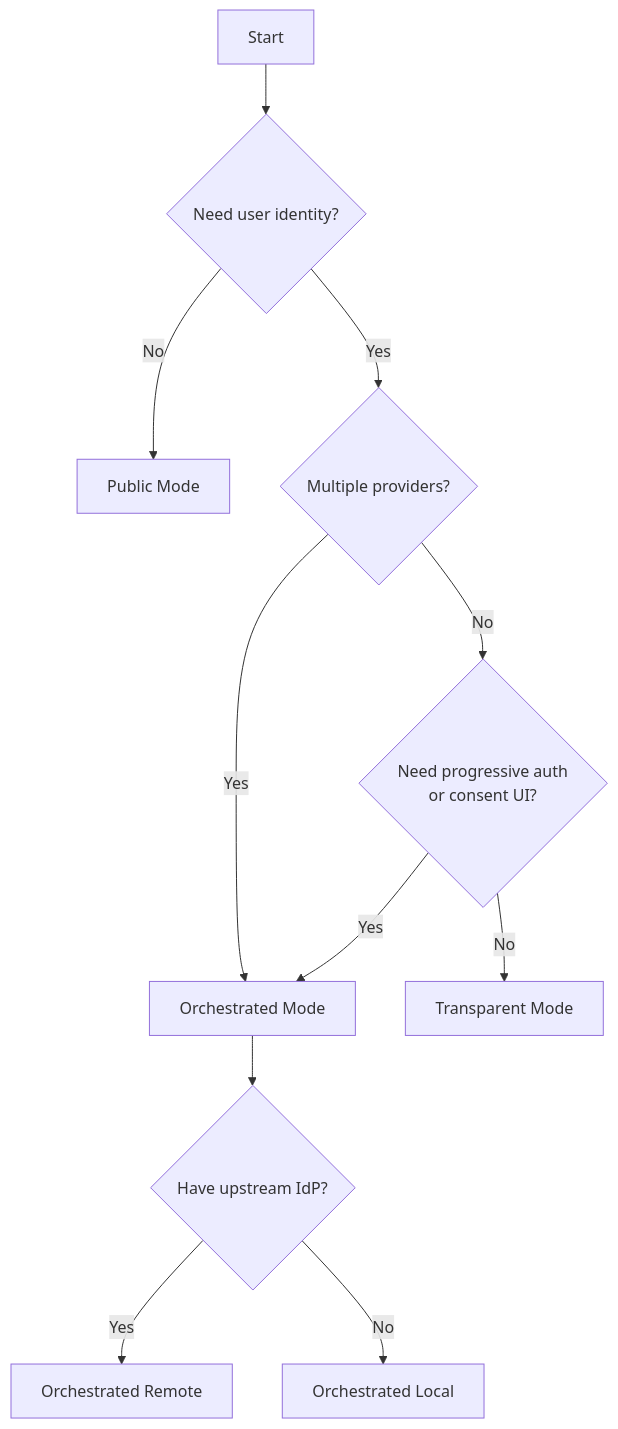
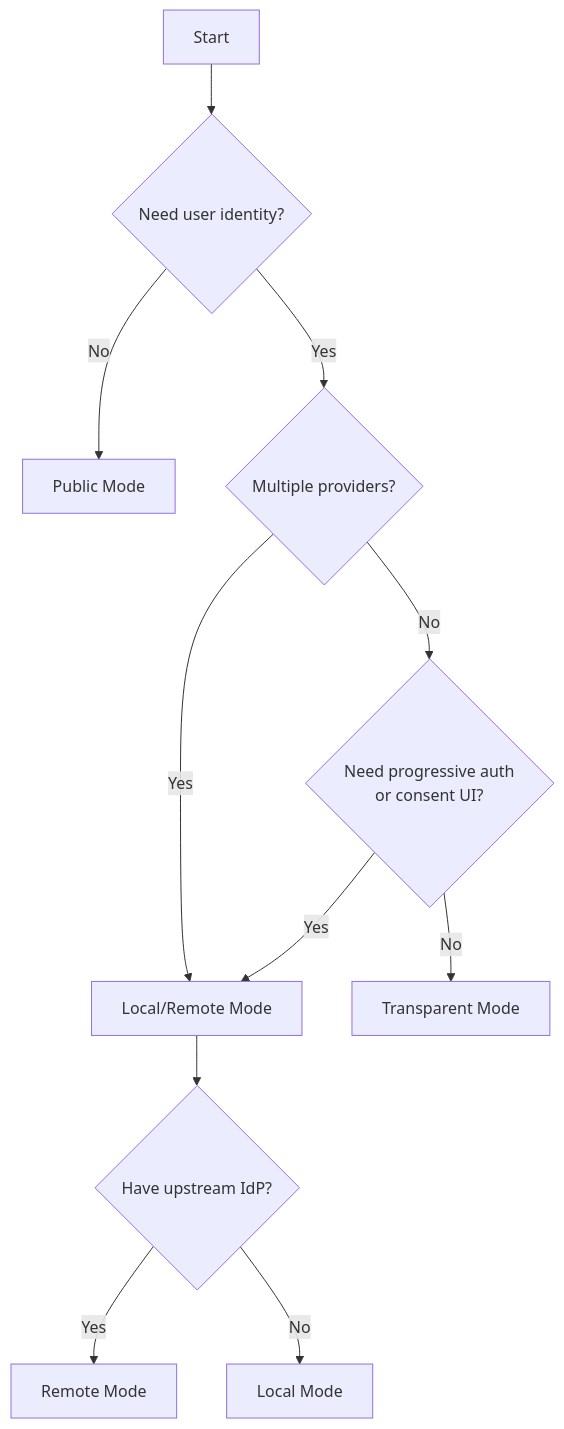
Before and after one commit to agentfront/frontmcp: the fifth of 6 diagrams in docs/frontmcp/authentication/modes.mdx, drawn with Mermaid. The commit also changed other lines of this file and 152 other files, not shown here.

````diff
--- a/docs/frontmcp/authentication/modes.mdx
+++ b/docs/frontmcp/authentication/modes.mdx
@@ -357,13 +352,13 @@
 ```mermaid
 graph TD
     A[Start] --> B{Need user identity?}
     B -->|No| C[Public Mode]
     B -->|Yes| D{Multiple providers?}
     D -->|No| E{Need progressive auth<br/>or consent UI?}
-    D -->|Yes| F[Orchestrated Mode]
+    D -->|Yes| F[Local/Remote Mode]
     E -->|No| G[Transparent Mode]
     E -->|Yes| F
     F --> H{Have upstream IdP?}
-    H -->|Yes| I[Orchestrated Remote]
-    H -->|No| J[Orchestrated Local]
+    H -->|Yes| I[Remote Mode]
+    H -->|No| J[Local Mode]
 ```
````
